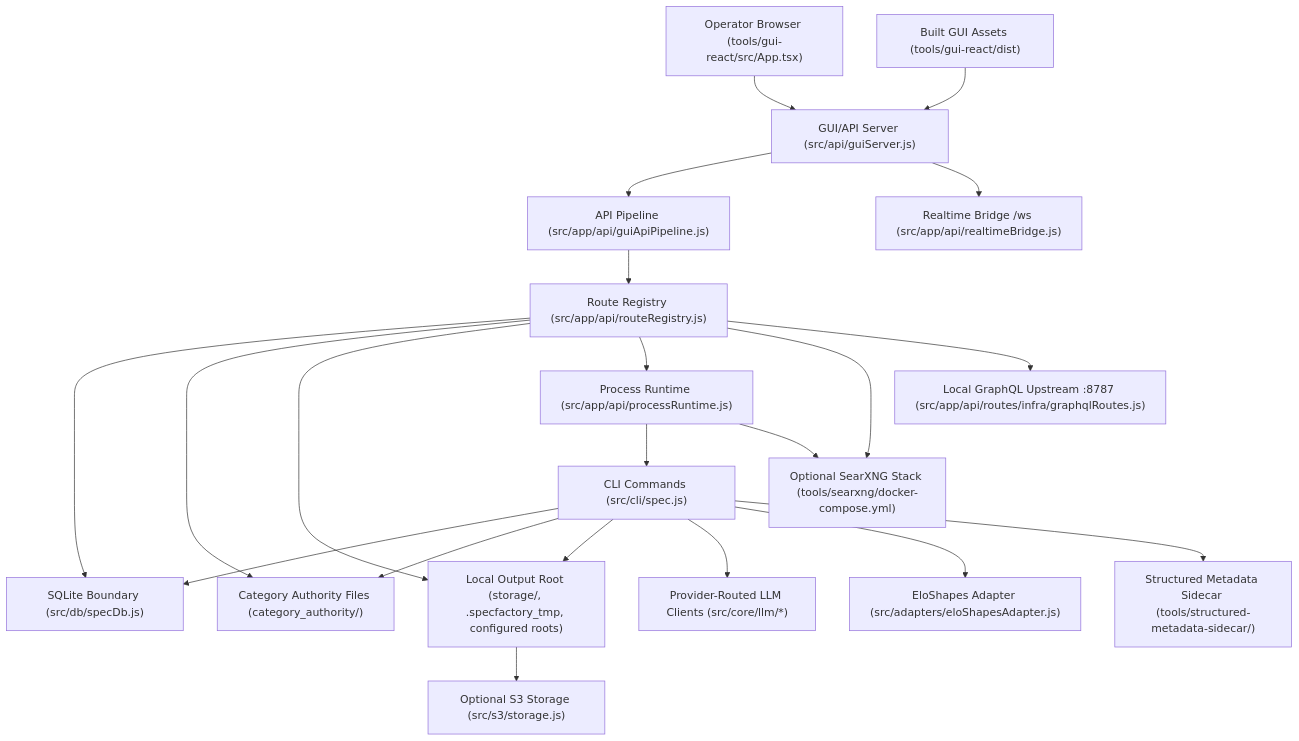
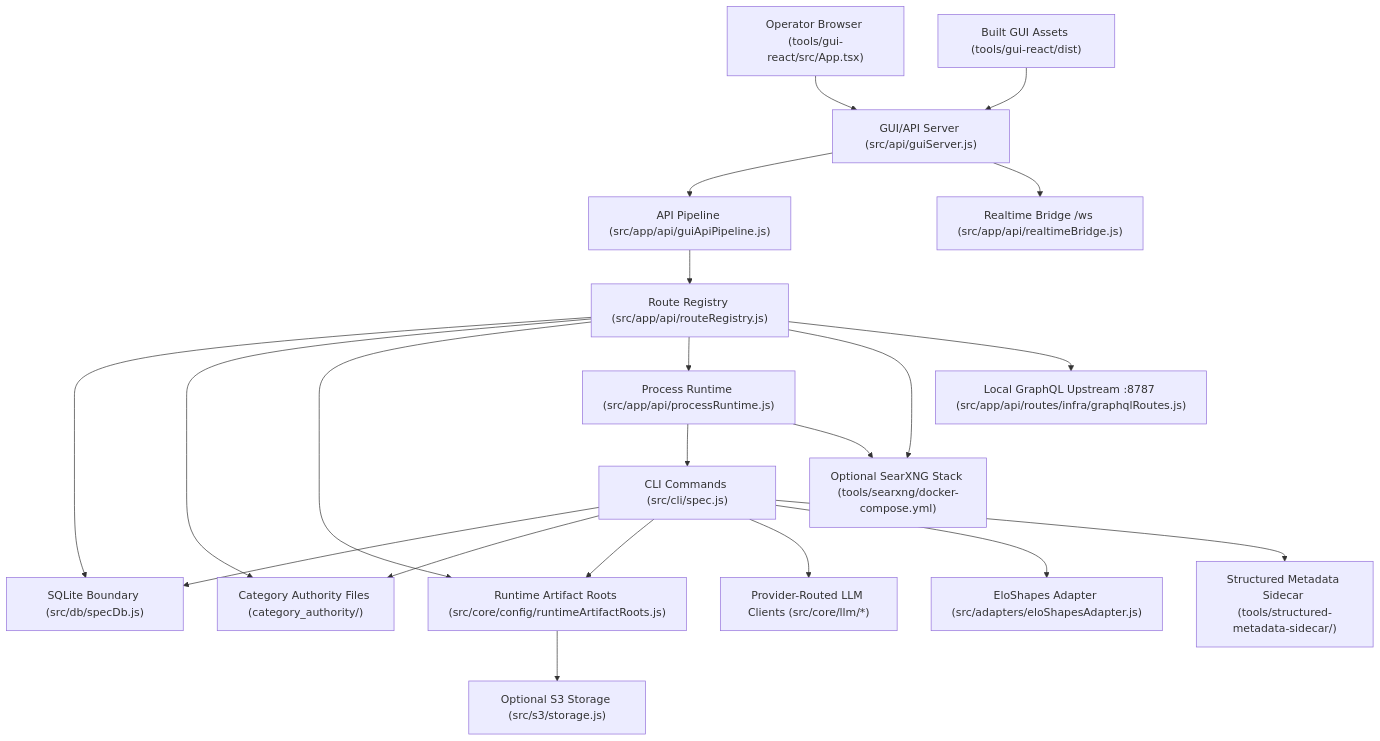
Before and after one commit to CdubVentures/Spec-Factory: the diagram in docs/03-architecture/system-map.md, drawn with Mermaid. The commit also changed other lines of this file and 320 other files, not shown here.

````diff
--- a/docs/03-architecture/system-map.md
+++ b/docs/03-architecture/system-map.md
@@ -7,41 +7,41 @@
 ```mermaid
 graph TD
   Browser["Operator Browser (tools/gui-react/src/App.tsx)"]
   GuiBuild["Built GUI Assets (tools/gui-react/dist)"]
   GuiServer["GUI/API Server (src/api/guiServer.js)"]
   Pipeline["API Pipeline (src/app/api/guiApiPipeline.js)"]
   Routes["Route Registry (src/app/api/routeRegistry.js)"]
   Realtime["Realtime Bridge /ws (src/app/api/realtimeBridge.js)"]
   Proc["Process Runtime (src/app/api/processRuntime.js)"]
   Cli["CLI Commands (src/cli/spec.js)"]
   SpecDb["SQLite Boundary (src/db/specDb.js)"]
   Authority["Category Authority Files (category_authority/)"]
-  Output["Local Output Root (storage/, .specfactory_tmp, configured roots)"]
+  Output["Runtime Artifact Roots (src/core/config/runtimeArtifactRoots.js)"]
   S3["Optional S3 Storage (src/s3/storage.js)"]
   Searxng["Optional SearXNG Stack (tools/searxng/docker-compose.yml)"]
   Graphql["Local GraphQL Upstream :8787 (src/app/api/routes/infra/graphqlRoutes.js)"]
   Llm["Provider-Routed LLM Clients (src/core/llm/*)"]
   Elo["EloShapes Adapter (src/adapters/eloShapesAdapter.js)"]
   Sidecar["Structured Metadata Sidecar (tools/structured-metadata-sidecar/)"]
 
   Browser --> GuiServer
   GuiBuild --> GuiServer
   GuiServer --> Pipeline
   Pipeline --> Routes
   GuiServer --> Realtime
   Routes --> SpecDb
   Routes --> Authority
   Routes --> Output
   Routes --> Proc
   Proc --> Cli
   Cli --> SpecDb
   Cli --> Authority
   Cli --> Output
   Cli --> Llm
   Cli --> Elo
   Cli --> Sidecar
   Proc --> Searxng
   Routes --> Searxng
   Routes --> Graphql
   Output --> S3
 ```
````
